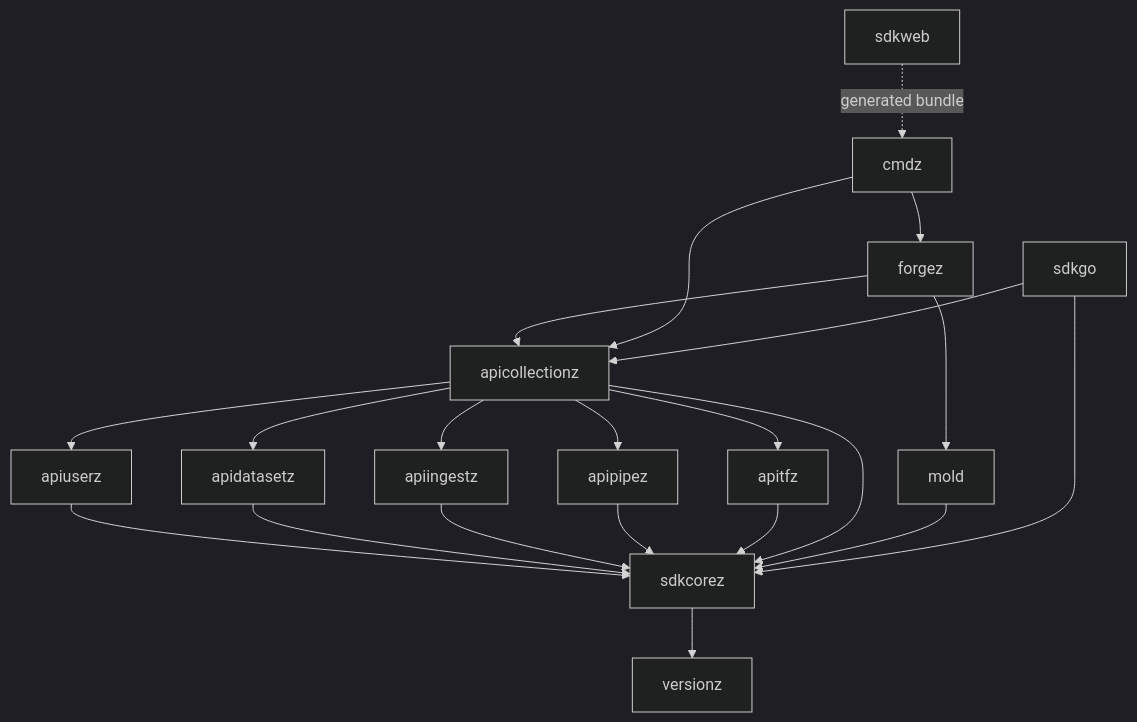
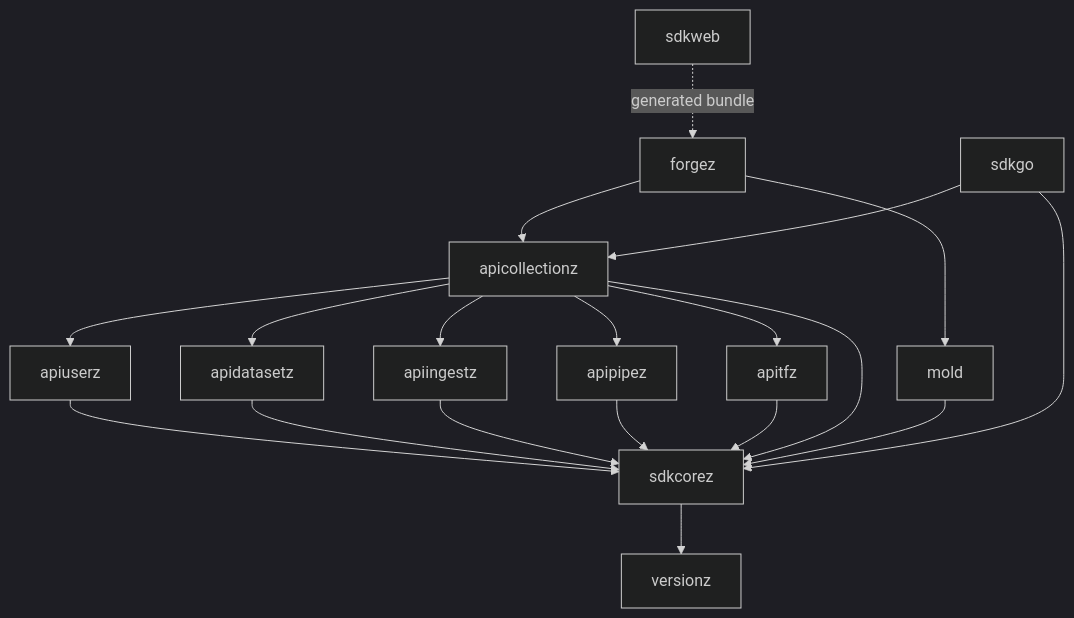
One commit to infinity6-ai/i6sdk changed the diagram in README.md. Above: the diagram before and after it, drawn with Mermaid (dark theme). The commit also changed other lines of this file and 9 other files, not shown here.

````diff
--- a/README.md
+++ b/README.md
@@ -31,33 +30,31 @@
 ```mermaid
 graph TD
     Version[versionz]
     Core[sdkcorez] --> Version
 
     %% Service APIs
     User[apiuserz] --> Core
     Dataset[apidatasetz] --> Core
     Ingest[apiingestz] --> Core
     Pipe[apipipez] --> Core
     TF[apitfz] --> Core
 
     %% Catalog Collection
     Collection[apicollectionz] --> User
     Collection --> Dataset
     Collection --> Ingest
     Collection --> Pipe
     Collection --> TF
     Collection --> Core
 
     %% Generators & Tooling
     Mold[mold] --> Core
     Forge[forgez] --> Collection
     Forge --> Mold
-    CMD[cmdz] --> Forge
-    CMD --> Collection
 
     %% Client SDKs
     GoSDK[sdkgo] --> Collection
     GoSDK --> Core
 
-    WebSDK[sdkweb] -. "generated bundle" .-> CMD
+    WebSDK[sdkweb] -. "generated bundle" .-> Forge
 ```
````
